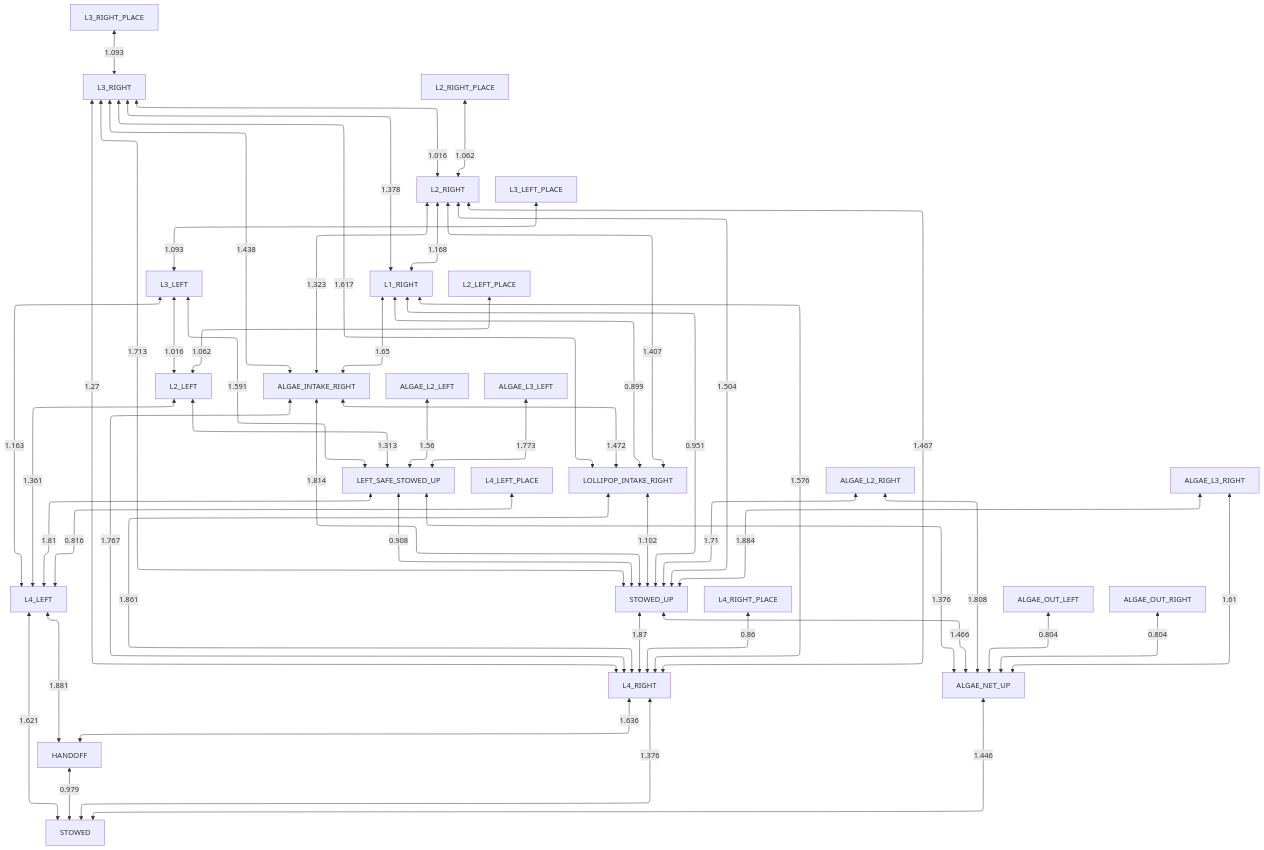
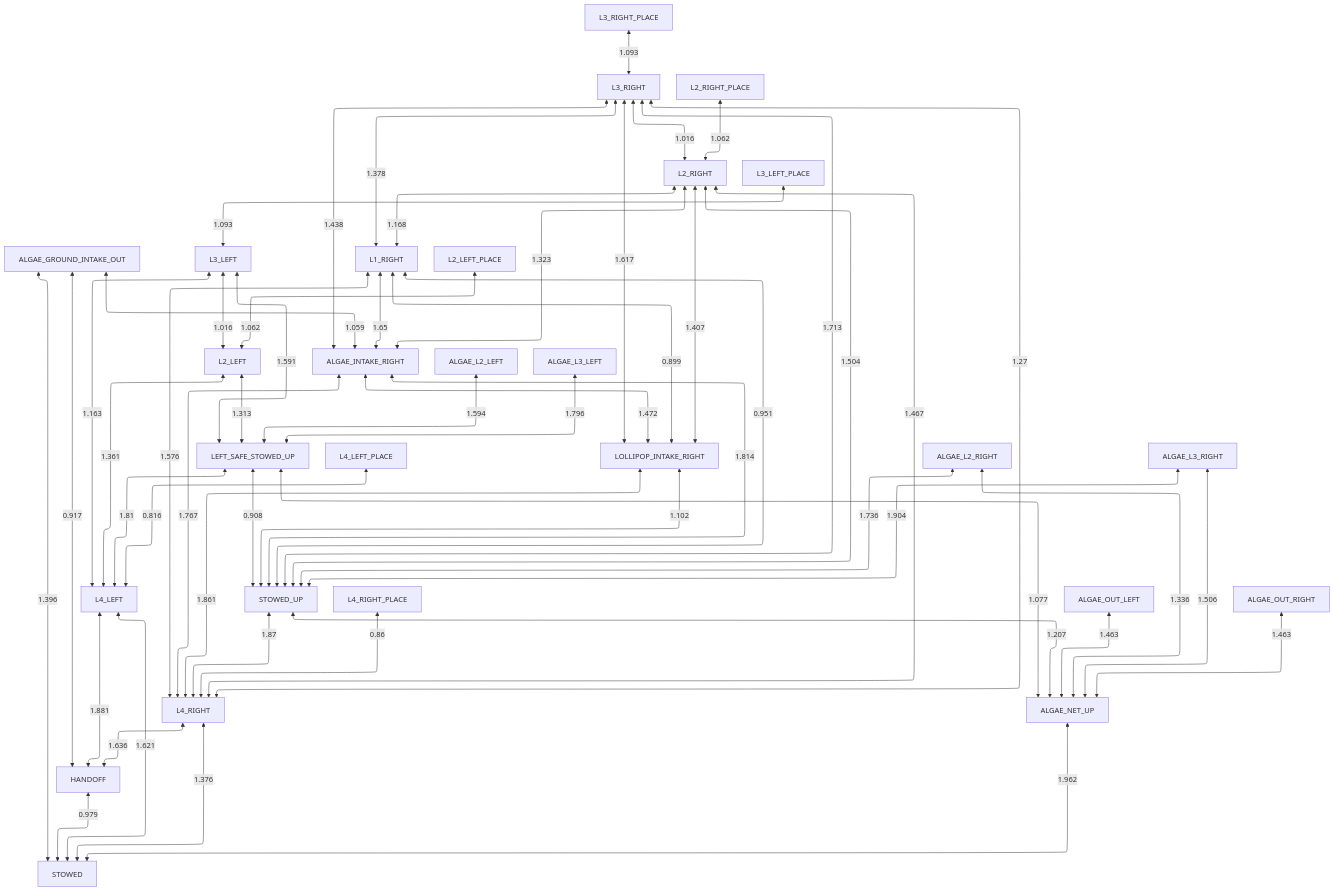
The diagram in docs/collision_avoidance/no_obstruction.md (team581/offseason-2025-comp), drawn with Mermaid before and after one commit. The commit also changed 3 other files, not shown here.

````diff
--- a/docs/collision_avoidance/no_obstruction.md
+++ b/docs/collision_avoidance/no_obstruction.md
@@ -3,55 +3,58 @@
 ```mermaid
 %%{ init: { "flowchart": { "defaultRenderer": "elk" } } }%%
 graph TD
 
 HANDOFF <-- 0.979 --> STOWED
 L4_LEFT <-- 1.621 --> STOWED
 L4_RIGHT <-- 1.376 --> STOWED
-ALGAE_NET_UP <-- 1.446 --> STOWED
+ALGAE_NET_UP <-- 1.962 --> STOWED
+ALGAE_GROUND_INTAKE_OUT <-- 1.396 --> STOWED
 L4_LEFT <-- 1.881 --> HANDOFF
 L4_RIGHT <-- 1.636 --> HANDOFF
+ALGAE_GROUND_INTAKE_OUT <-- 0.917 --> HANDOFF
 LEFT_SAFE_STOWED_UP <-- 1.81 --> L4_LEFT
 L2_LEFT <-- 1.361 --> L4_LEFT
 L3_LEFT <-- 1.163 --> L4_LEFT
 L4_LEFT_PLACE <-- 0.816 --> L4_LEFT
 STOWED_UP <-- 1.87 --> L4_RIGHT
 ALGAE_INTAKE_RIGHT <-- 1.767 --> L4_RIGHT
 LOLLIPOP_INTAKE_RIGHT <-- 1.861 --> L4_RIGHT
 L1_RIGHT <-- 1.576 --> L4_RIGHT
 L2_RIGHT <-- 1.467 --> L4_RIGHT
 L3_RIGHT <-- 1.27 --> L4_RIGHT
 L4_RIGHT_PLACE <-- 0.86 --> L4_RIGHT
-LEFT_SAFE_STOWED_UP <-- 1.376 --> ALGAE_NET_UP
-STOWED_UP <-- 1.466 --> ALGAE_NET_UP
-ALGAE_OUT_LEFT <-- 0.804 --> ALGAE_NET_UP
-ALGAE_OUT_RIGHT <-- 0.804 --> ALGAE_NET_UP
-ALGAE_L2_RIGHT <-- 1.808 --> ALGAE_NET_UP
-ALGAE_L3_RIGHT <-- 1.61 --> ALGAE_NET_UP
+LEFT_SAFE_STOWED_UP <-- 1.077 --> ALGAE_NET_UP
+STOWED_UP <-- 1.207 --> ALGAE_NET_UP
+ALGAE_OUT_LEFT <-- 1.463 --> ALGAE_NET_UP
+ALGAE_OUT_RIGHT <-- 1.463 --> ALGAE_NET_UP
+ALGAE_L2_RIGHT <-- 1.336 --> ALGAE_NET_UP
+ALGAE_L3_RIGHT <-- 1.506 --> ALGAE_NET_UP
 LEFT_SAFE_STOWED_UP <-- 0.908 --> STOWED_UP
 LOLLIPOP_INTAKE_RIGHT <-- 1.102 --> STOWED_UP
 ALGAE_INTAKE_RIGHT <-- 1.814 --> STOWED_UP
 L1_RIGHT <-- 0.951 --> STOWED_UP
 L2_RIGHT <-- 1.504 --> STOWED_UP
 L3_RIGHT <-- 1.713 --> STOWED_UP
-ALGAE_L2_RIGHT <-- 1.71 --> STOWED_UP
-ALGAE_L3_RIGHT <-- 1.884 --> STOWED_UP
+ALGAE_L2_RIGHT <-- 1.736 --> STOWED_UP
+ALGAE_L3_RIGHT <-- 1.904 --> STOWED_UP
 L2_LEFT <-- 1.313 --> LEFT_SAFE_STOWED_UP
 L3_LEFT <-- 1.591 --> LEFT_SAFE_STOWED_UP
-ALGAE_L2_LEFT <-- 1.56 --> LEFT_SAFE_STOWED_UP
-ALGAE_L3_LEFT <-- 1.773 --> LEFT_SAFE_STOWED_UP
+ALGAE_L2_LEFT <-- 1.594 --> LEFT_SAFE_STOWED_UP
+ALGAE_L3_LEFT <-- 1.796 --> LEFT_SAFE_STOWED_UP
 ALGAE_INTAKE_RIGHT <-- 1.472 --> LOLLIPOP_INTAKE_RIGHT
 L1_RIGHT <-- 0.899 --> LOLLIPOP_INTAKE_RIGHT
 L2_RIGHT <-- 1.407 --> LOLLIPOP_INTAKE_RIGHT
 L3_RIGHT <-- 1.617 --> LOLLIPOP_INTAKE_RIGHT
 L1_RIGHT <-- 1.65 --> ALGAE_INTAKE_RIGHT
 L2_RIGHT <-- 1.323 --> ALGAE_INTAKE_RIGHT
 L3_RIGHT <-- 1.438 --> ALGAE_INTAKE_RIGHT
+ALGAE_GROUND_INTAKE_OUT <-- 1.059 --> ALGAE_INTAKE_RIGHT
 L3_LEFT <-- 1.016 --> L2_LEFT
 L2_LEFT_PLACE <-- 1.062 --> L2_LEFT
 L3_LEFT_PLACE <-- 1.093 --> L3_LEFT
 L2_RIGHT <-- 1.168 --> L1_RIGHT
 L3_RIGHT <-- 1.378 --> L1_RIGHT
 L3_RIGHT <-- 1.016 --> L2_RIGHT
 L2_RIGHT_PLACE <-- 1.062 --> L2_RIGHT
 L3_RIGHT_PLACE <-- 1.093 --> L3_RIGHT
 ```
````
